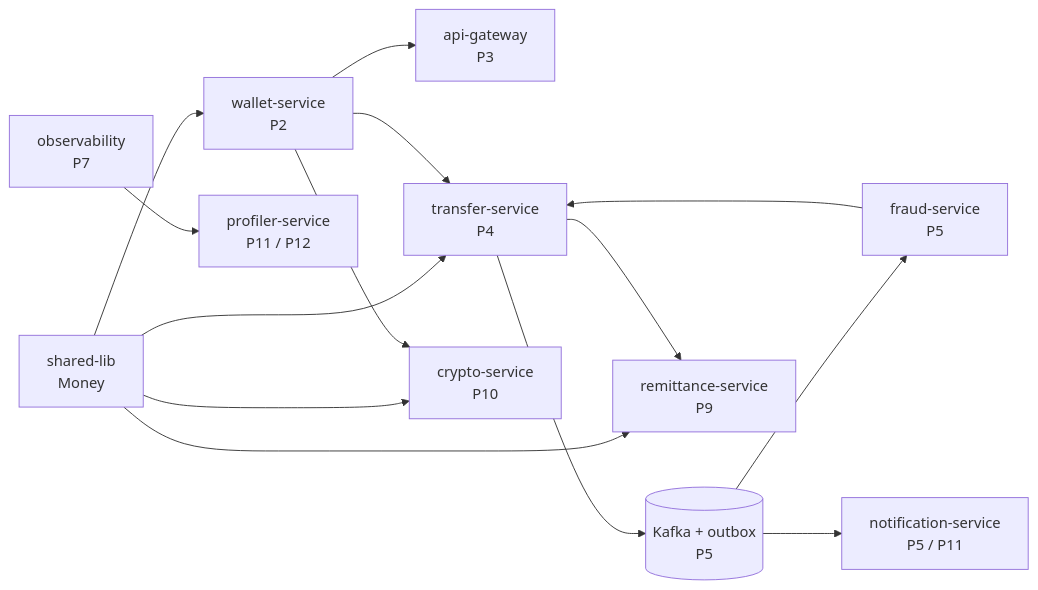
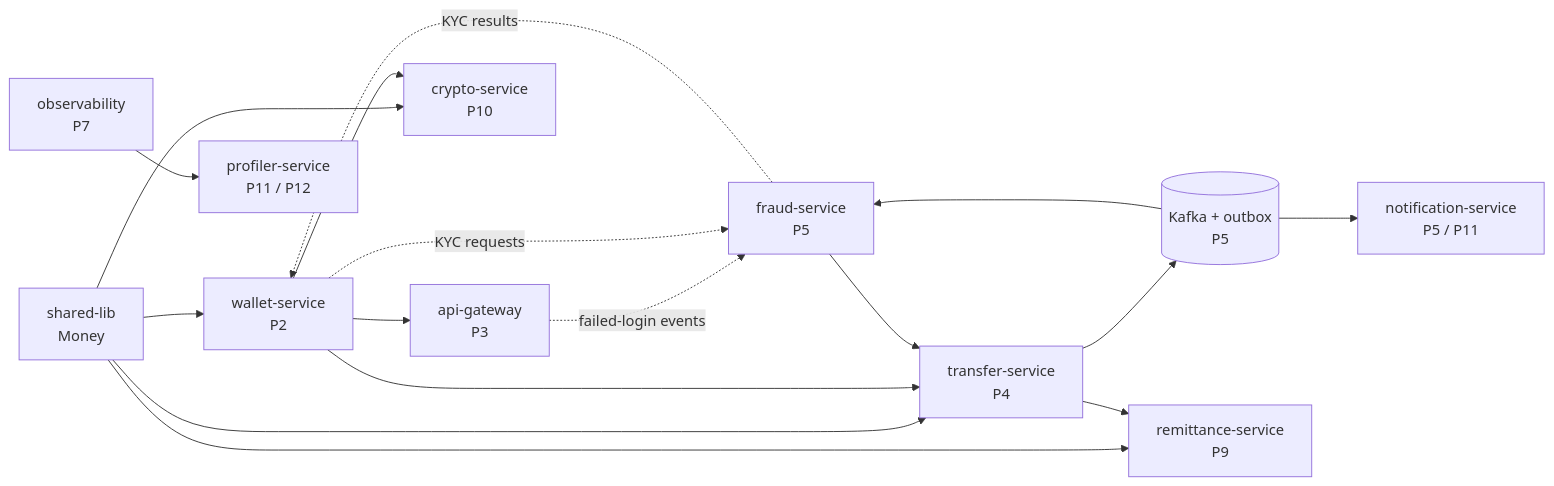
One commit to amlabib93-boop/cloudpay changed the diagram in briefs/ROADMAP.md. Above: the diagram before and after it, drawn with Mermaid. The commit also changed other lines of this file and 6 other files, not shown here.

First line of the commit message:
chore: roadmap gaps, line endings, compiler pin, compose project name

````diff
--- a/briefs/ROADMAP.md
+++ b/briefs/ROADMAP.md
@@ -12,28 +12,31 @@
 ```mermaid
 graph LR
     SL[shared-lib<br/>Money]
     W[wallet-service<br/>P2]
     GW[api-gateway<br/>P3]
     T[transfer-service<br/>P4]
     K[(Kafka + outbox<br/>P5)]
     F[fraud-service<br/>P5]
     N[notification-service<br/>P5 / P11]
     R[remittance-service<br/>P9]
     C[crypto-service<br/>P10]
     P[profiler-service<br/>P11 / P12]
     OBS[observability<br/>P7]
 
     SL --> W
     SL --> T
     SL --> R
     SL --> C
     W --> GW
     W --> T
     T --> K
     K --> F
     K --> N
     F --> T
     W --> C
     T --> R
     OBS --> P
+    GW -. failed-login events .-> F
+    W -. KYC requests .-> F
+    F -. KYC results .-> W
 ```
````
